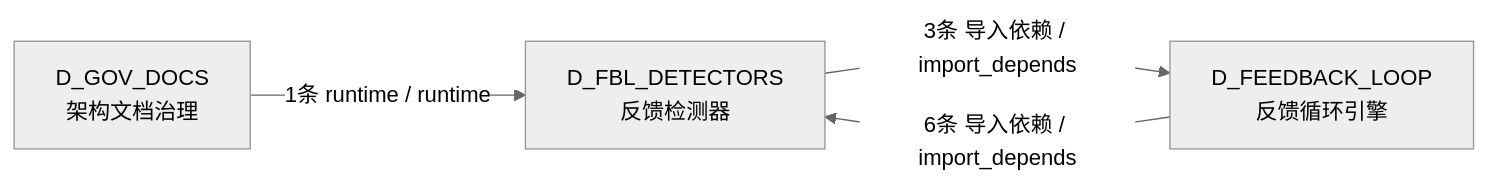
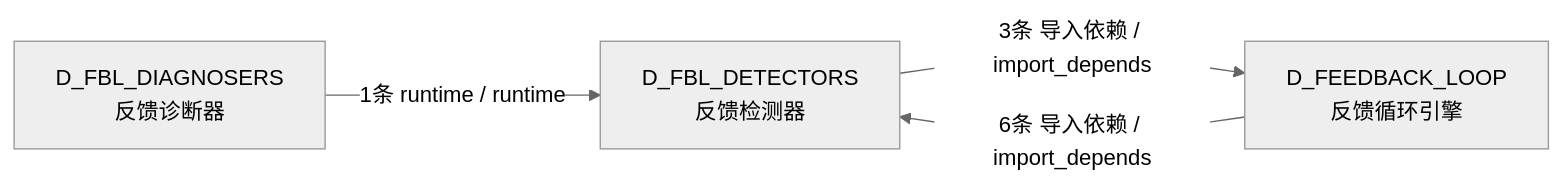
Before and after one commit to xuanFelixVan/ZephyrAlpha: the sixth of 6 diagrams in docs/02_enterprise_architecture/02_domain_architecture_docs/11_d_fbl_detectors.md, drawn with Mermaid (neutral theme). The commit also changed other lines of this file and 126 other files, not shown here.

````diff
--- a/docs/02_enterprise_architecture/02_domain_architecture_docs/11_d_fbl_detectors.md
+++ b/docs/02_enterprise_architecture/02_domain_architecture_docs/11_d_fbl_detectors.md
@@ -397,9 +397,9 @@
 ```mermaid
 graph LR
     D_FBL_DETECTORS["D_FBL_DETECTORS<br/>反馈检测器"]
     D_FEEDBACK_LOOP["D_FEEDBACK_LOOP<br/>反馈循环引擎"]
-    D_GOV_DOCS["D_GOV_DOCS<br/>架构文档治理"]
+    D_FBL_DIAGNOSERS["D_FBL_DIAGNOSERS<br/>反馈诊断器"]
     D_FBL_DETECTORS -->|3条 导入依赖 / import_depends| D_FEEDBACK_LOOP
     D_FEEDBACK_LOOP -->|6条 导入依赖 / import_depends| D_FBL_DETECTORS
-    D_GOV_DOCS -->|1条 runtime / runtime| D_FBL_DETECTORS
+    D_FBL_DIAGNOSERS -->|1条 runtime / runtime| D_FBL_DETECTORS
 ```
````
